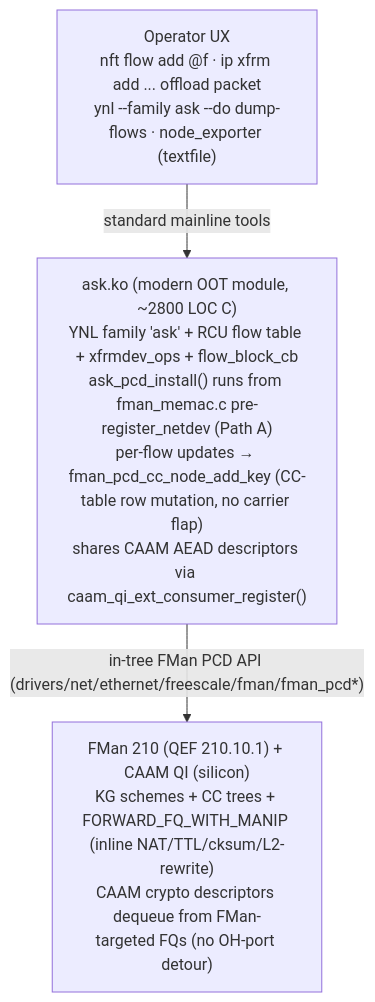
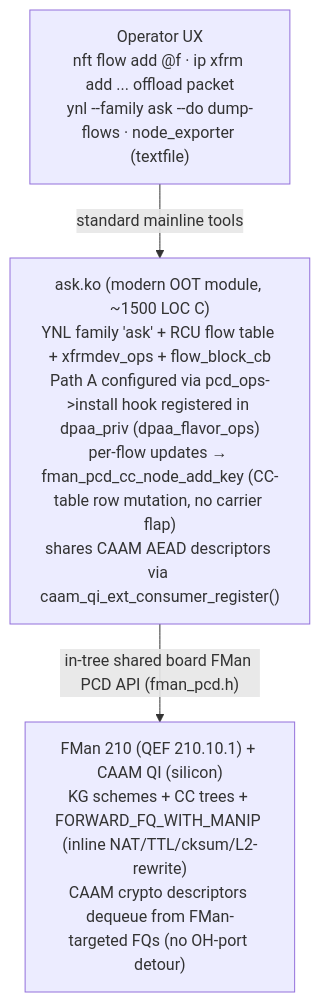
Before and after one commit to Daegara/vyos-ls1046a-build: the diagram in specs/ask2-rewrite-spec.md, drawn with Mermaid. The commit also changed other lines of this file and 2 other files, not shown here.

Commit message:
patch-health: stack apply patches/0064-fman-pcd-log-wording-and-postinstall-budget-verdict.patch

````diff
--- a/specs/ask2-rewrite-spec.md
+++ b/specs/ask2-rewrite-spec.md
@@ -55,8 +57,8 @@
 ```mermaid
 graph TD
     OP["Operator UX<br/>nft flow add @f · ip xfrm add ... offload packet<br/>ynl --family ask --do dump-flows · node_exporter (textfile)"]
-    K["ask.ko (modern OOT module, ~2800 LOC C)<br/>YNL family 'ask' + RCU flow table + xfrmdev_ops + flow_block_cb<br/>ask_pcd_install() runs from fman_memac.c pre-register_netdev (Path A)<br/>per-flow updates → fman_pcd_cc_node_add_key (CC-table row mutation, no carrier flap)<br/>shares CAAM AEAD descriptors via caam_qi_ext_consumer_register()"]
+    K["ask.ko (modern OOT module, ~1500 LOC C)<br/>YNL family 'ask' + RCU flow table + xfrmdev_ops + flow_block_cb<br/>Path A configured via pcd_ops->install hook registered in dpaa_priv (dpaa_flavor_ops)<br/>per-flow updates → fman_pcd_cc_node_add_key (CC-table row mutation, no carrier flap)<br/>shares CAAM AEAD descriptors via caam_qi_ext_consumer_register()"]
     HW["FMan 210 (QEF 210.10.1) + CAAM QI (silicon)<br/>KG schemes + CC trees + FORWARD_FQ_WITH_MANIP (inline NAT/TTL/cksum/L2-rewrite)<br/>CAAM crypto descriptors dequeue from FMan-targeted FQs (no OH-port detour)"]
     OP -->|"standard mainline tools"| K
-    K -->|"in-tree FMan PCD API (drivers/net/ethernet/freescale/fman/fman_pcd*)"| HW
+    K -->|"in-tree shared board FMan PCD API (fman_pcd.h)"| HW
 ```
````
